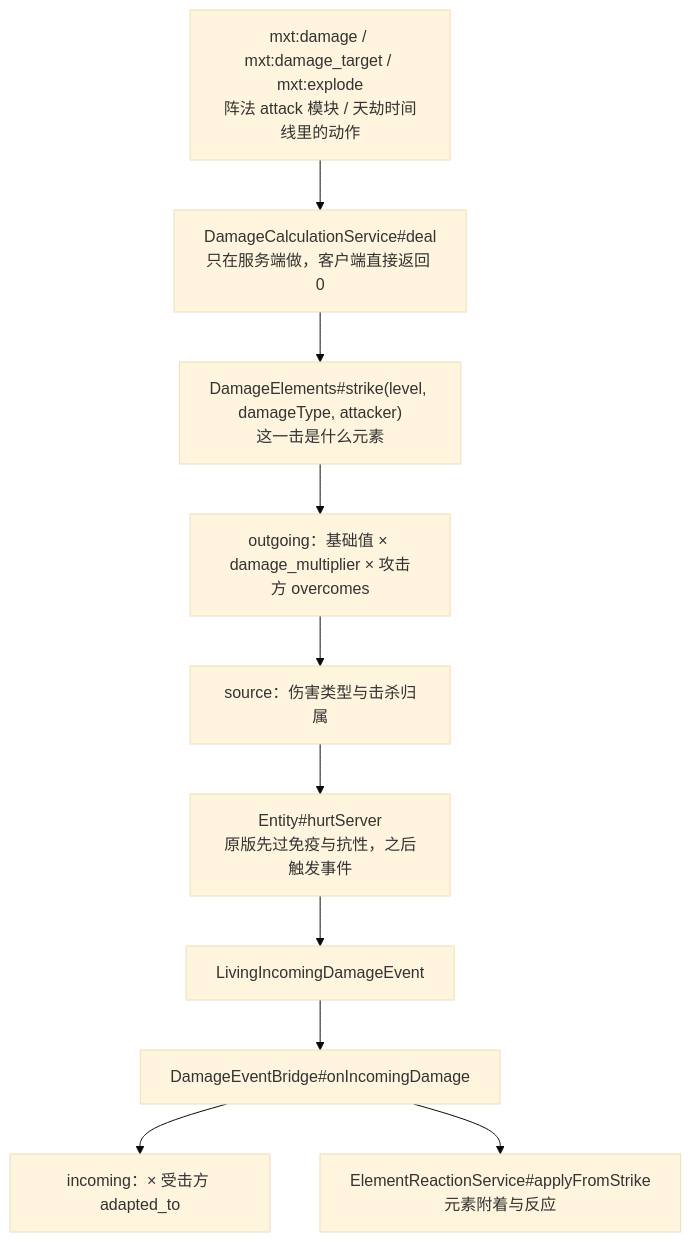
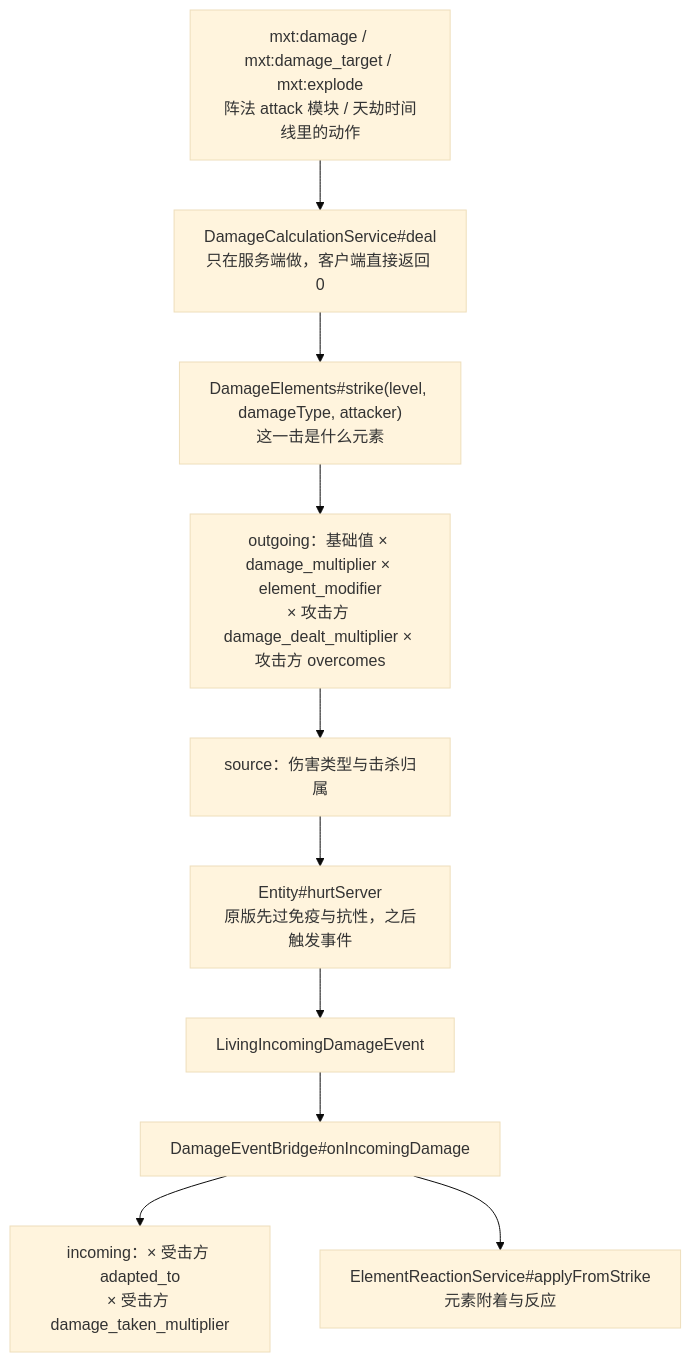
One commit to IAFEnvoy/mxt-docs changed the diagram in docs/technical/damage.md. Above: the diagram before and after it, drawn with Mermaid (base theme). The commit also changed other lines of this file and 47 other files, not shown here.

````diff
--- a/docs/technical/damage.md
+++ b/docs/technical/damage.md
@@ -23,12 +23,12 @@
 ```mermaid
 flowchart TD
     A["mxt:damage / mxt:damage_target / mxt:explode<br/>阵法 attack 模块 / 天劫时间线里的动作"] --> DEAL
     DEAL["DamageCalculationService#deal<br/>只在服务端做，客户端直接返回 0"] --> STRIKE["DamageElements#strike(level, damageType, attacker)<br/>这一击是什么元素"]
-    STRIKE --> OUT["outgoing：基础值 × damage_multiplier × 攻击方 overcomes"]
+    STRIKE --> OUT["outgoing：基础值 × damage_multiplier × element_modifier<br/>× 攻击方 damage_dealt_multiplier × 攻击方 overcomes"]
     OUT --> SRC["source：伤害类型与击杀归属"]
     SRC --> HURT["Entity#hurtServer<br/>原版先过免疫与抗性，之后触发事件"]
     HURT --> EV["LivingIncomingDamageEvent"]
     EV --> BRIDGE["DamageEventBridge#onIncomingDamage"]
-    BRIDGE --> IN["incoming：× 受击方 adapted_to"]
+    BRIDGE --> IN["incoming：× 受击方 adapted_to<br/>× 受击方 damage_taken_multiplier"]
     BRIDGE --> REACT["ElementReactionService#applyFromStrike<br/>元素附着与反应"]
 ```
````
